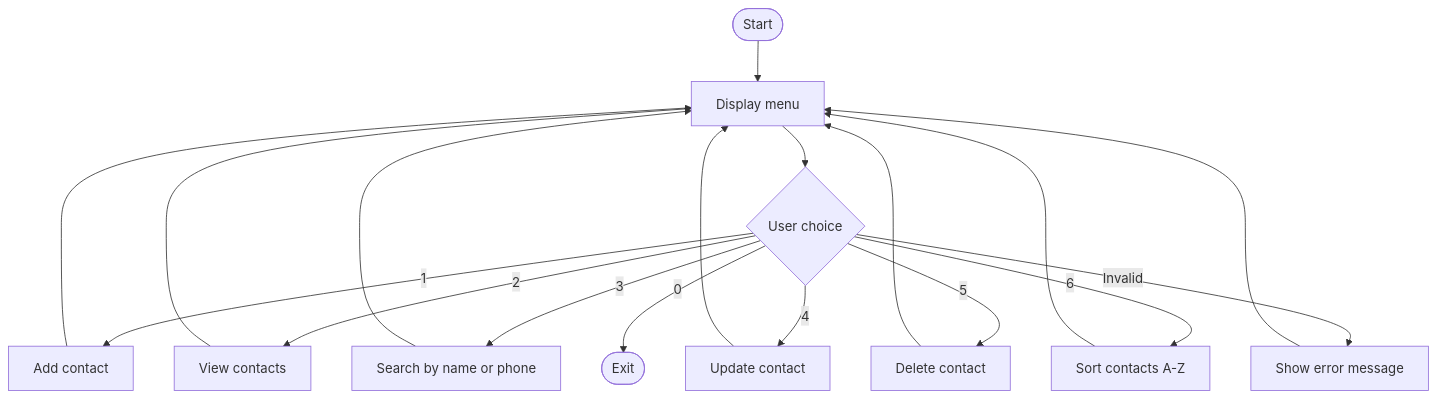
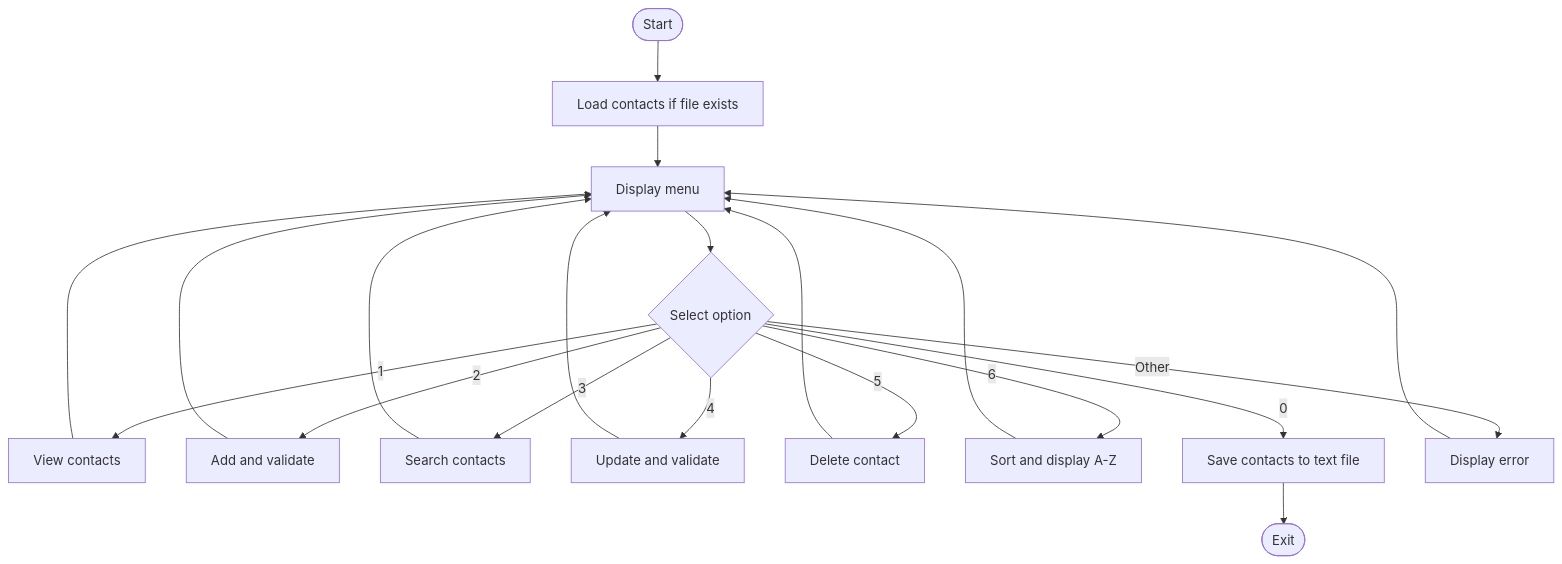
Before and after one commit to jackaldzn-blip/contact-management-workshop: the diagram in FINAL_REPORT.md, drawn with Mermaid. The commit also changed other lines of this file, not shown here.

````diff
--- a/FINAL_REPORT.md
+++ b/FINAL_REPORT.md
@@ -43,20 +34,22 @@
 ```mermaid
 flowchart TD
-    A([Start]) --> B[Display menu]
-    B --> C{User choice}
-    C -->|1| D[Add contact]
-    C -->|2| E[View contacts]
-    C -->|3| F[Search by name or phone]
-    C -->|4| G[Update contact]
-    C -->|5| H[Delete contact]
-    C -->|6| I[Sort contacts A-Z]
-    C -->|0| J([Exit])
-    C -->|Invalid| K[Show error message]
-    D --> B
-    E --> B
-    F --> B
-    G --> B
-    H --> B
-    I --> B
-    K --> B
+    A([Start]) --> B[Load contacts if file exists]
+    B --> C[Display menu]
+    C --> D{Select option}
+    D -->|1| E[View contacts]
+    D -->|2| F[Add and validate]
+    D -->|3| G[Search contacts]
+    D -->|4| H[Update and validate]
+    D -->|5| I[Delete contact]
+    D -->|6| J[Sort and display A-Z]
+    D -->|0| K[Save contacts to text file]
+    D -->|Other| L[Display error]
+    E --> C
+    F --> C
+    G --> C
+    H --> C
+    I --> C
+    J --> C
+    L --> C
+    K --> M([Exit])
 ```
````
